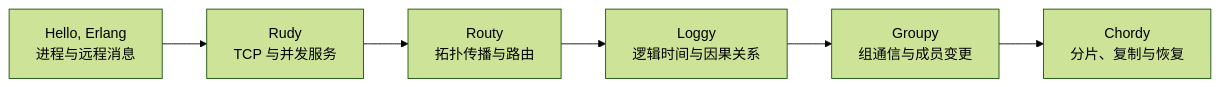
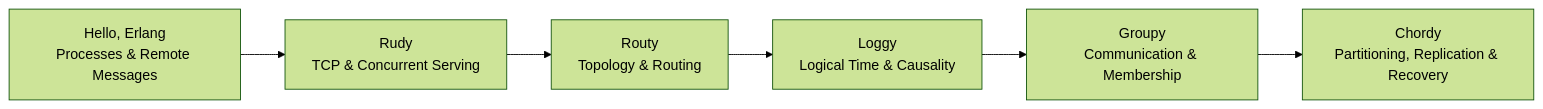
The first of 2 diagrams in README.md (waku-hoomi/Distributed-system), drawn with Mermaid (forest theme) before and after one commit. The commit also changed other lines of this file and 2 other files, not shown here.

````diff
--- a/README.md
+++ b/README.md
@@ -51,8 +51,8 @@
 ```mermaid
 flowchart LR
-    A["Hello, Erlang<br/>进程与远程消息"] --> B["Rudy<br/>TCP 与并发服务"]
-    B --> C["Routy<br/>拓扑传播与路由"]
-    C --> D["Loggy<br/>逻辑时间与因果关系"]
-    D --> E["Groupy<br/>组通信与成员变更"]
-    E --> F["Chordy<br/>分片、复制与恢复"]
+    A["Hello, Erlang<br/>Processes & Remote Messages"] --> B["Rudy<br/>TCP & Concurrent Serving"]
+    B --> C["Routy<br/>Topology & Routing"]
+    C --> D["Loggy<br/>Logical Time & Causality"]
+    D --> E["Groupy<br/>Communication & Membership"]
+    E --> F["Chordy<br/>Partitioning, Replication & Recovery"]
 ```
````
